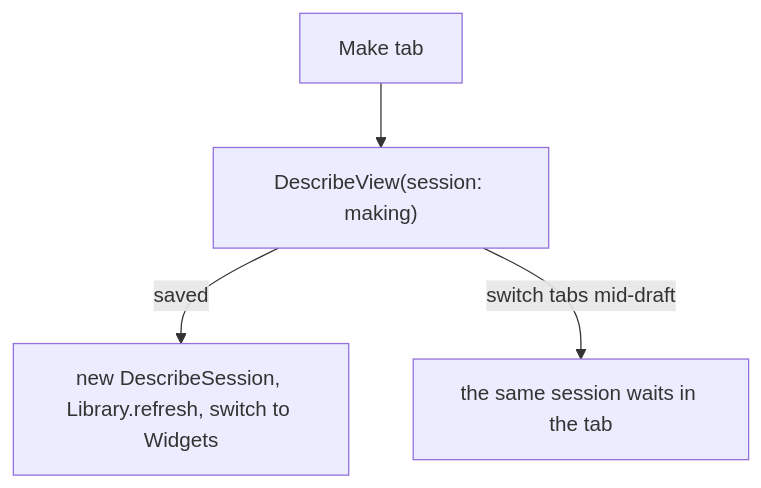
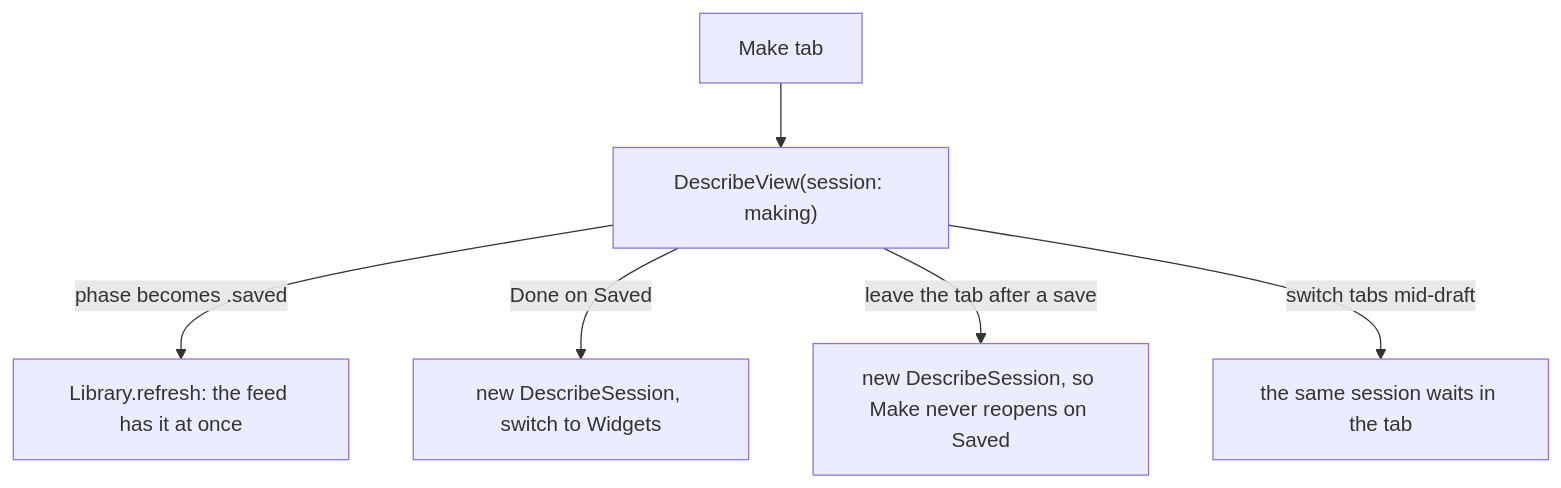
Before and after one commit to Krutik460/Widgie: the third of 4 diagrams in docs/pr/15-app-shell-u1.md, drawn with Mermaid. The commit also changed other lines of this file and 8 other files, not shown here.

Commit message:
Review fixes: a save refreshes the feed at once and Make never reopens on Saved, the Make tab drops the close button and the auto keyboard, the feed's delete asks first, headers for VoiceOver, and the plan and guide match the code

````diff
--- a/docs/pr/15-app-shell-u1.md
+++ b/docs/pr/15-app-shell-u1.md
@@ -60,6 +61,8 @@
 ```mermaid
 flowchart TD
   MAKE["Make tab"] --> DV["DescribeView(session: making)"]
-  DV -->|"saved"| NEW["new DescribeSession, Library.refresh, switch to Widgets"]
+  DV -->|"phase becomes .saved"| REF["Library.refresh: the feed has it at once"]
+  DV -->|"Done on Saved"| NEW["new DescribeSession, switch to Widgets"]
+  DV -->|"leave the tab after a save"| FRESH["new DescribeSession, so Make never reopens on Saved"]
   DV -->|"switch tabs mid-draft"| KEEP["the same session waits in the tab"]
 ```
````
